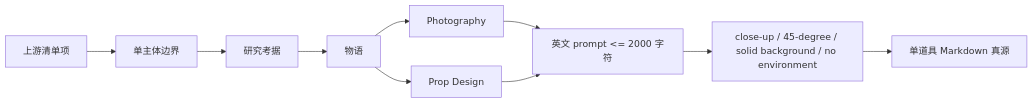
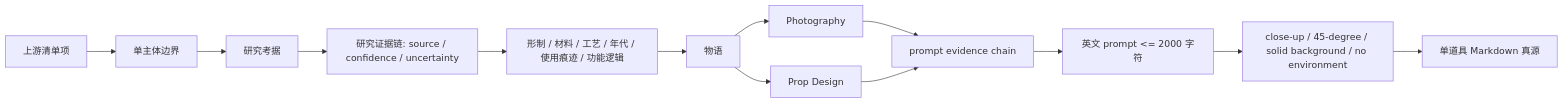
Before and after one commit to ZEN-VOID/AI-CUT: the second of 3 diagrams in .agents/skills/aigc/5-设计/道具/2-设计/SKILL.md, drawn with Mermaid. The commit also changed other lines of this file and 526 other files, not shown here.

````diff
--- a/.agents/skills/aigc/5-设计/道具/2-设计/SKILL.md
+++ b/.agents/skills/aigc/5-设计/道具/2-设计/SKILL.md
@@ -99,12 +100,15 @@
 ```mermaid
 flowchart LR
     A["上游清单项"] --> B["单主体边界"]
     B --> C["研究考据"]
-    C --> D["物语"]
-    D --> E["Photography"]
-    D --> F["Prop Design"]
-    E --> G["英文 prompt <= 2000 字符"]
-    F --> G
-    G --> H["close-up / 45-degree / solid background / no environment"]
-    H --> I["单道具 Markdown 真源"]
+    C --> D["研究证据链: source / confidence / uncertainty"]
+    D --> E["形制 / 材料 / 工艺 / 年代 / 使用痕迹 / 功能逻辑"]
+    E --> F["物语"]
+    F --> G["Photography"]
+    F --> H["Prop Design"]
+    G --> I["prompt evidence chain"]
+    H --> I
+    I --> J["英文 prompt <= 2000 字符"]
+    J --> K["close-up / 45-degree / solid background / no environment"]
+    K --> L["单道具 Markdown 真源"]
 ```
````
